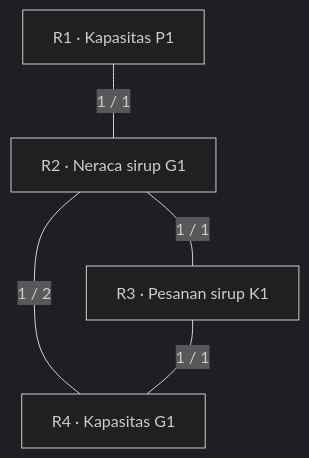
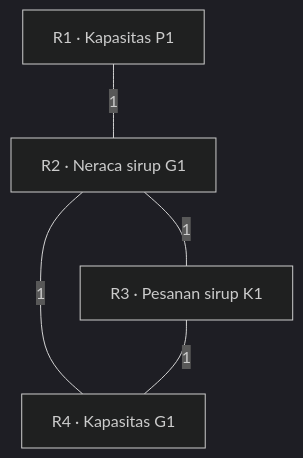
One commit to kiittkiidd/Lampiran-Model-Matematika-Tesis changed the diagram in Lampiran_WCC.md. Above: the diagram before and after it, drawn with Mermaid (dark theme). The commit also changed other lines of this file and 1 other file, not shown here.

````diff
--- a/Lampiran_WCC.md
+++ b/Lampiran_WCC.md
@@ -56,7 +43,7 @@
 ```mermaid
 flowchart TB
-    R1["R1 · Kapasitas P1"] ---|1 / 1| R2["R2 · Neraca sirup G1"]
-    R2 ---|1 / 1| R3["R3 · Pesanan sirup K1"]
-    R2 ---|1 / 2| R4["R4 · Kapasitas G1"]
-    R3 ---|1 / 1| R4
+    R1["R1 · Kapasitas P1"] ---|1| R2["R2 · Neraca sirup G1"]
+    R2 ---|1| R3["R3 · Pesanan sirup K1"]
+    R2 ---|1| R4["R4 · Kapasitas G1"]
+    R3 ---|1| R4
 ```
````
